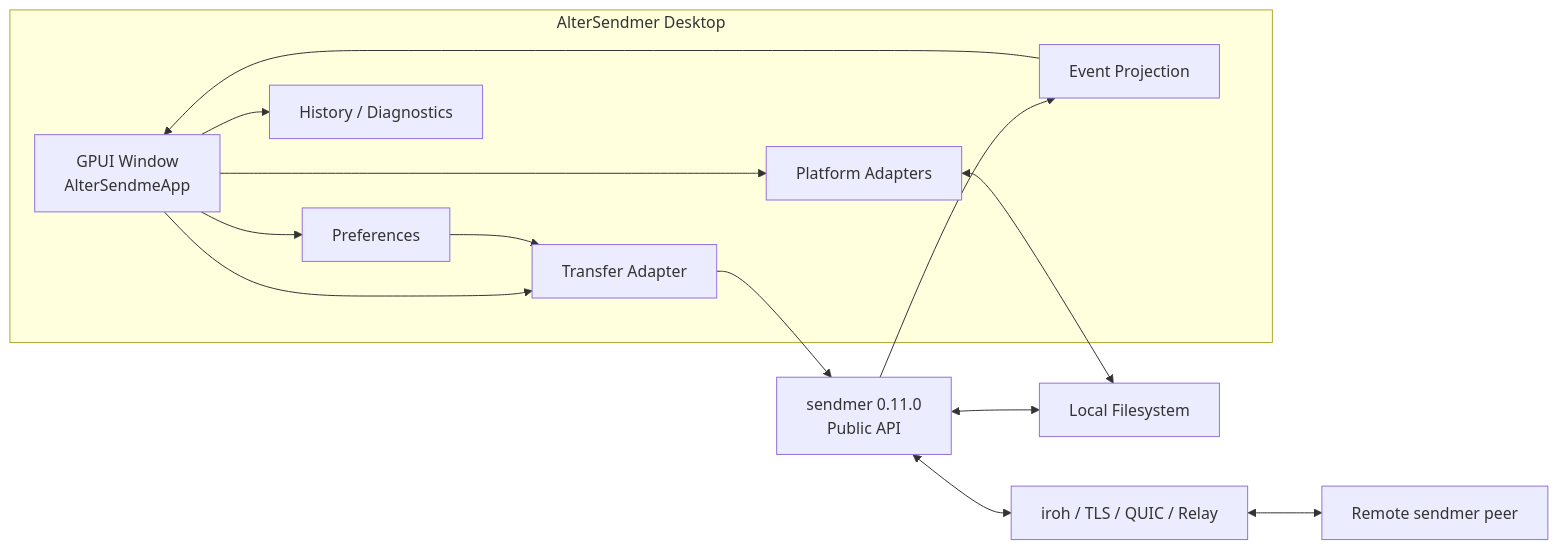
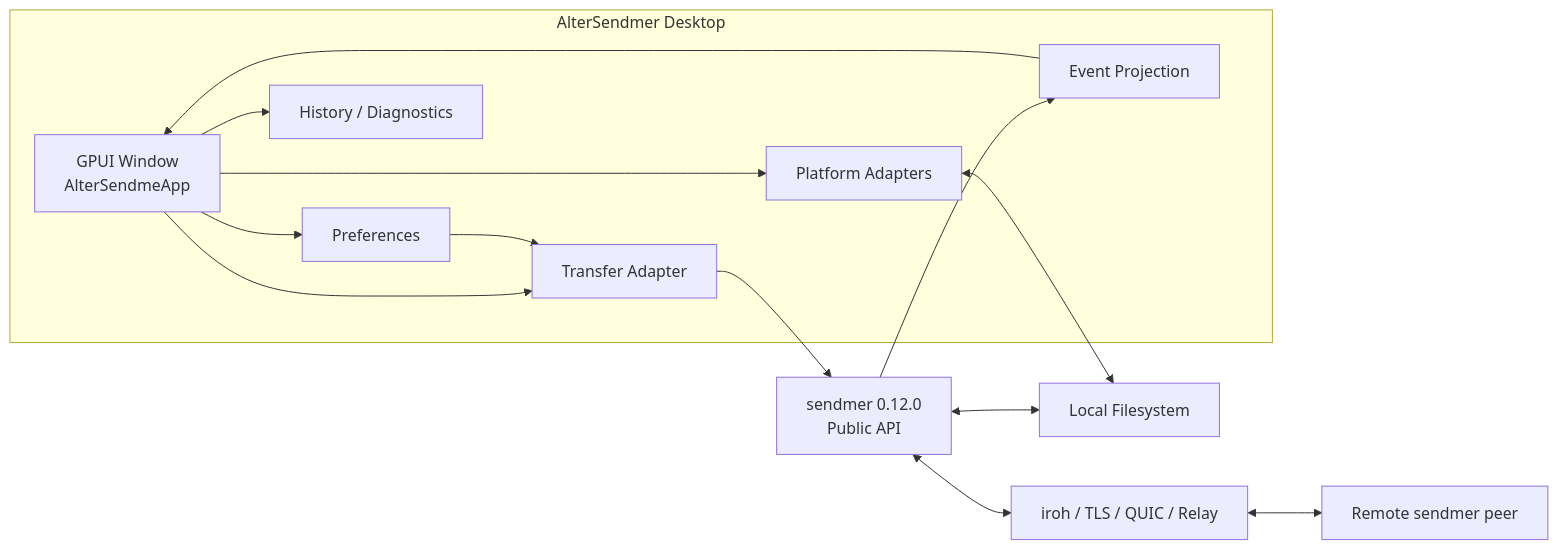
Before and after one commit to bruceblink/alter-sendmer: the diagram in docs/MAINLINE.md, drawn with Mermaid. The commit also changed other lines of this file and 8 other files, not shown here.

Commit message:
refactor: migrate desktop adapter to sendmer 0.12 public API

````diff
--- a/docs/MAINLINE.md
+++ b/docs/MAINLINE.md
@@ -59,29 +64,29 @@
 ```mermaid
 flowchart LR
     subgraph Desktop["AlterSendmer Desktop"]
         UI["GPUI Window\nAlterSendmeApp"]
         PREF["Preferences"]
         HIST["History / Diagnostics"]
         PLATFORM["Platform Adapters"]
         ADAPTER["Transfer Adapter"]
         EVENT["Event Projection"]
     end
 
-    CORE["sendmer 0.11.0\nPublic API"]
+    CORE["sendmer 0.12.0\nPublic API"]
     NET["iroh / TLS / QUIC / Relay"]
     PEER["Remote sendmer peer"]
     FS["Local Filesystem"]
 
     UI --> PREF
     UI --> HIST
     UI --> PLATFORM
     UI --> ADAPTER
     PREF --> ADAPTER
     ADAPTER --> CORE
     CORE --> EVENT
     EVENT --> UI
     CORE <--> NET
     NET <--> PEER
     PLATFORM <--> FS
     CORE <--> FS
 ```
````
